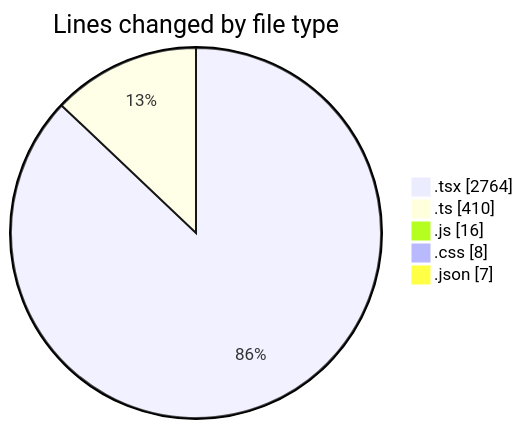
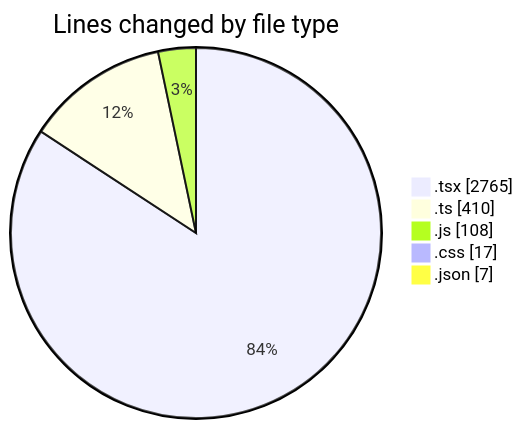
One commit to robertbonfada/code-tracking changed the first of 2 diagrams in 2025-01-17/mbc-web/README.md. Above: the diagram before and after it, drawn with Mermaid. The commit also changed other lines of this file and 1 other file, not shown here.

````diff
--- a/2025-01-17/mbc-web/README.md
+++ b/2025-01-17/mbc-web/README.md
@@ -36,9 +37,9 @@
 ```mermaid
 pie showData
 title Lines changed by file type
-".tsx" : 2764
+".tsx" : 2765
 ".ts" : 410
-".js" : 16
-".css" : 8
+".js" : 108
+".css" : 17
 ".json" : 7
 ```
````
